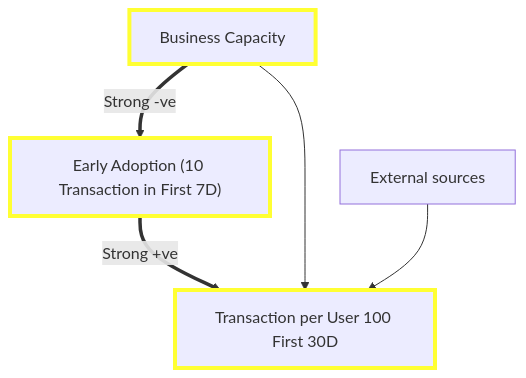
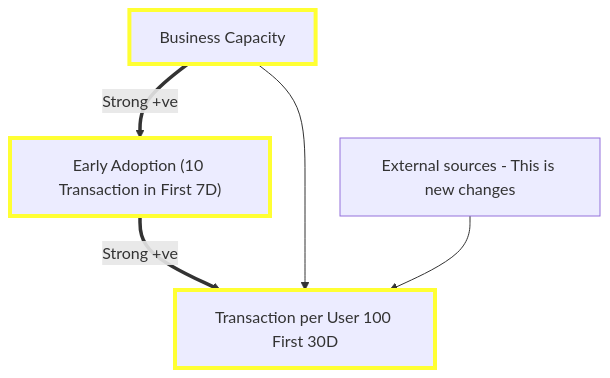
One commit to eralddavid/causal-diagram-test changed the diagram in causal_model.md. Above: the diagram before and after it, drawn with Mermaid.

Commit message:
Test new change

````diff
--- a/causal_model.md
+++ b/causal_model.md
@@ -1,15 +1,15 @@
 ```mermaid
 graph TD
     A["Early Adoption (10 Transaction in First 7D)"]
     B["Business Capacity"]
-    C["External sources"]
+    C["External sources - This is new changes"]
     D["Transaction per User 100 First 30D"]
 
-    B ==>|Strong -ve| A
+    B ==>|Strong +ve| A
     A ==>|Strong +ve| D
     B --> D
     C --> D
 
     classDef strongRelation stroke:#ff3,stroke-width:4px;
     class A,B,D strongRelation;
 ```
````
